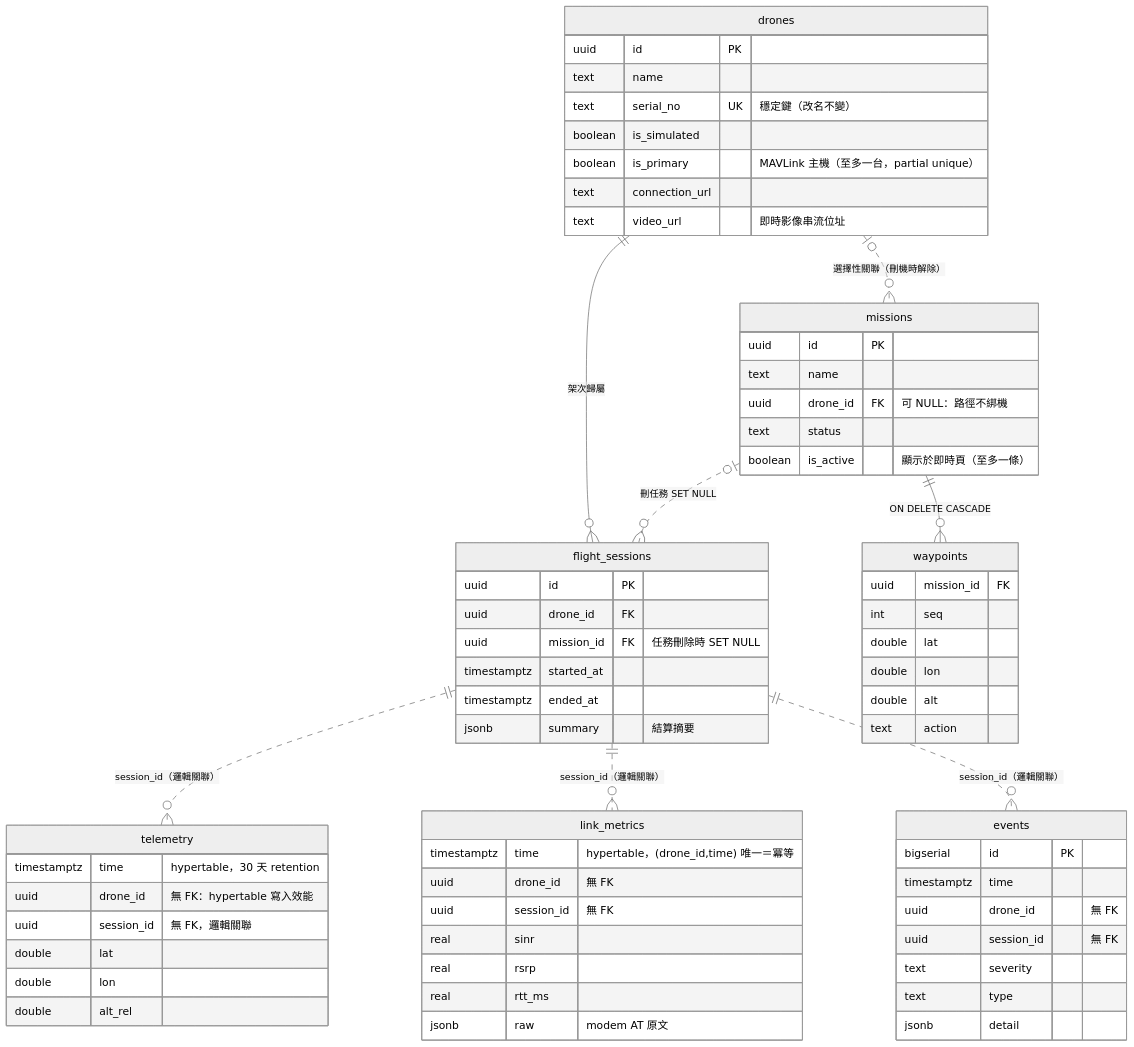
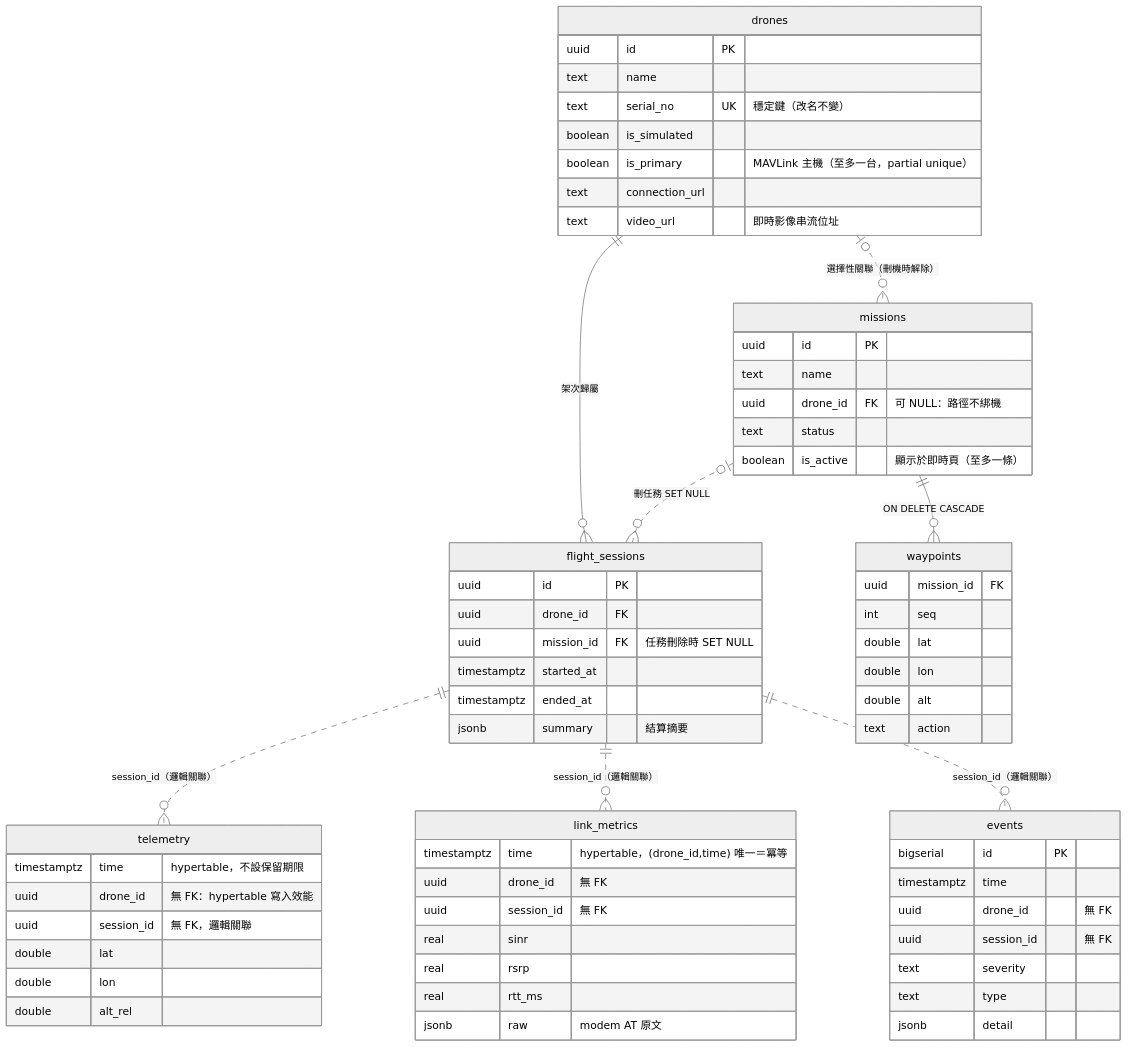
Before and after one commit to jasper33977296/uav-system: the diagram in doc/architecture.md, drawn with Mermaid (neutral theme). The commit also changed 6 other files, not shown here.

````diff
--- a/doc/architecture.md
+++ b/doc/architecture.md
@@ -157,69 +157,69 @@
 ```mermaid
 erDiagram
     drones {
         uuid id PK
         text name
         text serial_no UK "穩定鍵（改名不變）"
         boolean is_simulated
         boolean is_primary "MAVLink 主機（至多一台，partial unique）"
         text connection_url
         text video_url "即時影像串流位址"
     }
     flight_sessions {
         uuid id PK
         uuid drone_id FK
         uuid mission_id FK "任務刪除時 SET NULL"
         timestamptz started_at
         timestamptz ended_at
         jsonb summary "結算摘要"
     }
     missions {
         uuid id PK
         text name
         uuid drone_id FK "可 NULL：路徑不綁機"
         text status
         boolean is_active "顯示於即時頁（至多一條）"
     }
     waypoints {
         uuid mission_id FK
         int seq
         double lat
         double lon
         double alt
         text action
     }
     telemetry {
-        timestamptz time "hypertable，30 天 retention"
+        timestamptz time "hypertable，不設保留期限"
         uuid drone_id "無 FK：hypertable 寫入效能"
         uuid session_id "無 FK，邏輯關聯"
         double lat
         double lon
         double alt_rel
     }
     link_metrics {
         timestamptz time "hypertable，(drone_id,time) 唯一＝冪等"
         uuid drone_id "無 FK"
         uuid session_id "無 FK"
         real sinr
         real rsrp
         real rtt_ms
         jsonb raw "modem AT 原文"
     }
     events {
         bigserial id PK
         timestamptz time
         uuid drone_id "無 FK"
         uuid session_id "無 FK"
         text severity
         text type
         jsonb detail
     }
 
     drones ||--o{ flight_sessions : "架次歸屬"
     drones |o..o{ missions : "選擇性關聯（刪機時解除）"
     missions ||--o{ waypoints : "ON DELETE CASCADE"
     missions |o..o{ flight_sessions : "刪任務 SET NULL"
     flight_sessions ||..o{ telemetry : "session_id（邏輯關聯）"
     flight_sessions ||..o{ link_metrics : "session_id（邏輯關聯）"
     flight_sessions ||..o{ events : "session_id（邏輯關聯）"
 ```
````
